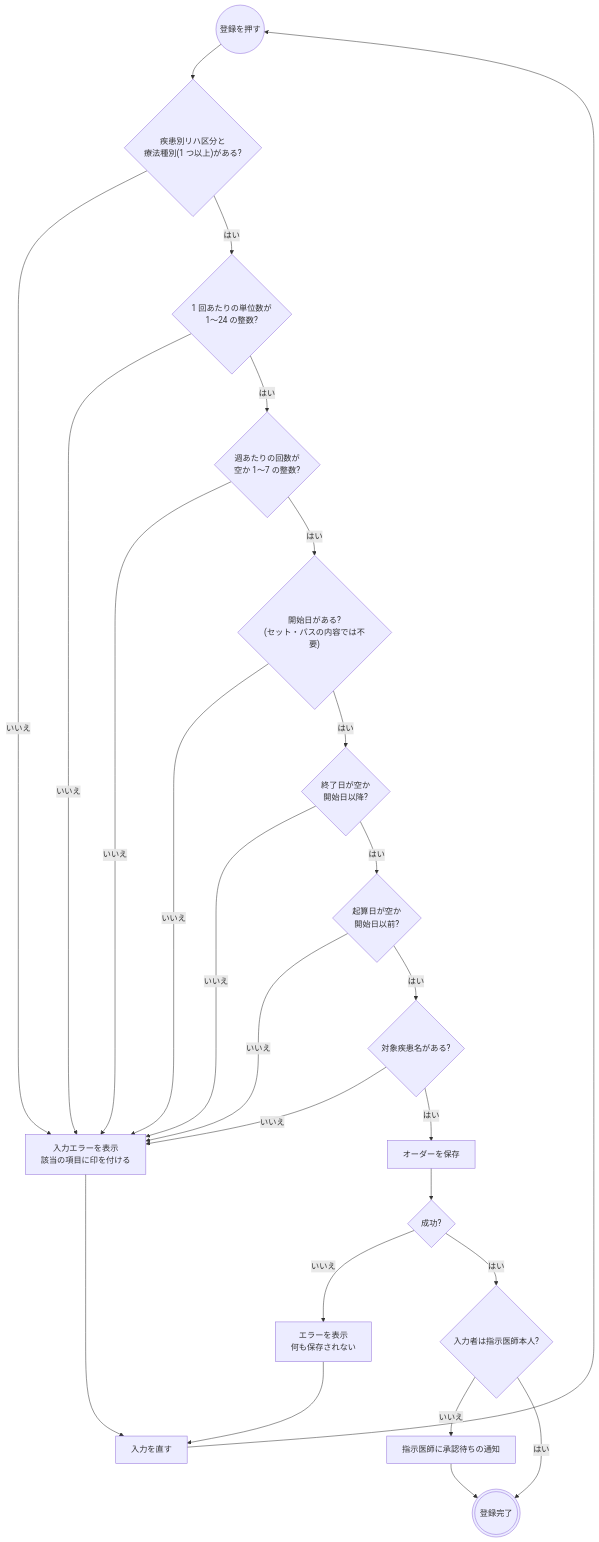
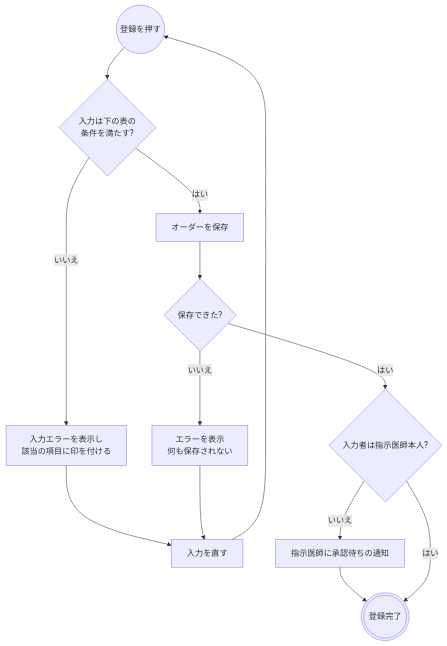
Before and after one commit to ysnr-dev/fhir-client-docs: the second of 5 diagrams in docs/flows/rehab.md, drawn with Mermaid. The commit also changed other lines of this file and 43 other files, not shown here.

Commit message:
docs: 業務フローとシーケンス図を写し直し

````diff
--- a/docs/flows/rehab.md
+++ b/docs/flows/rehab.md
@@ -78,40 +70,21 @@
 ```mermaid
 flowchart TD
   submit(("登録を押す"))
-  category{"疾患別リハ区分と<br/>療法種別(1 つ以上)がある?"}
-  units{"1 回あたりの単位数が<br/>1〜24 の整数?"}
-  freq{"週あたりの回数が<br/>空か 1〜7 の整数?"}
-  start{"開始日がある?<br/>(セット・パスの内容では不要)"}
-  end_q{"終了日が空か<br/>開始日以降?"}
-  onset{"起算日が空か<br/>開始日以前?"}
-  disease{"対象疾患名がある?"}
-  error["入力エラーを表示<br/>該当の項目に印を付ける"]
+  check{"入力は下の表の<br/>条件を満たす?"}
+  error["入力エラーを表示し<br/>該当の項目に印を付ける"]
+  fix["入力を直す"]
   send["オーダーを保存"]
-  result{"成功?"}
+  result{"保存できた?"}
   failed["エラーを表示<br/>何も保存されない"]
   proxy{"入力者は指示医師本人?"}
   approval["指示医師に承認待ちの通知"]
   done((("登録完了")))
-  fix["入力を直す"]
 
-  submit --> category
-  category -- "いいえ" --> error
-  category -- "はい" --> units
-  units -- "いいえ" --> error
-  units -- "はい" --> freq
-  freq -- "いいえ" --> error
-  freq -- "はい" --> start
-  start -- "いいえ" --> error
-  start -- "はい" --> end_q
-  end_q -- "いいえ" --> error
-  end_q -- "はい" --> onset
-  onset -- "いいえ" --> error
-  onset -- "はい" --> disease
-  disease -- "いいえ" --> error
-  disease -- "はい" --> send --> result
+  submit --> check
+  check -- "いいえ" --> error --> fix --> submit
+  check -- "はい" --> send --> result
   result -- "いいえ" --> failed --> fix
   result -- "はい" --> proxy
   proxy -- "いいえ" --> approval --> done
   proxy -- "はい" --> done
-  error --> fix --> submit
 ```
````
